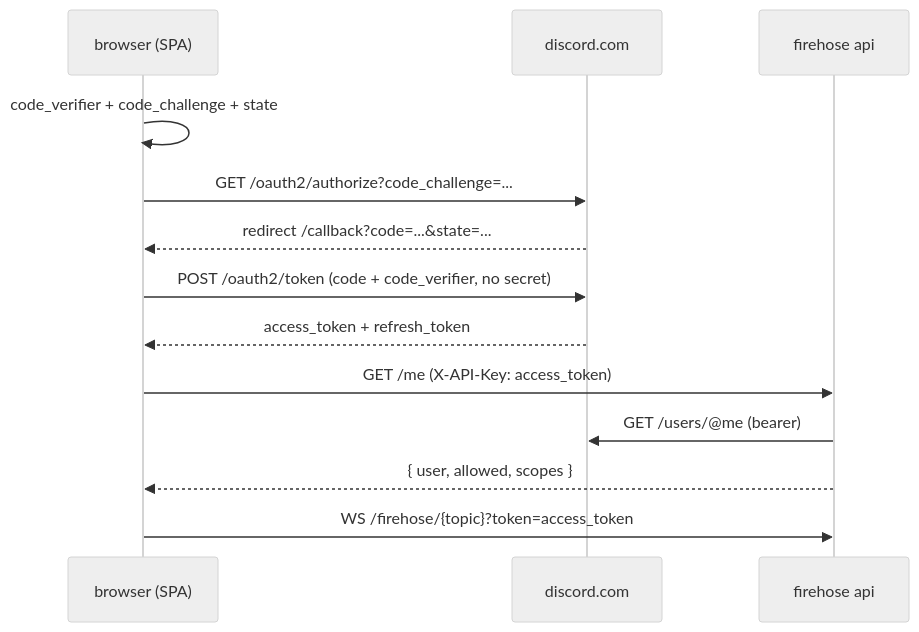
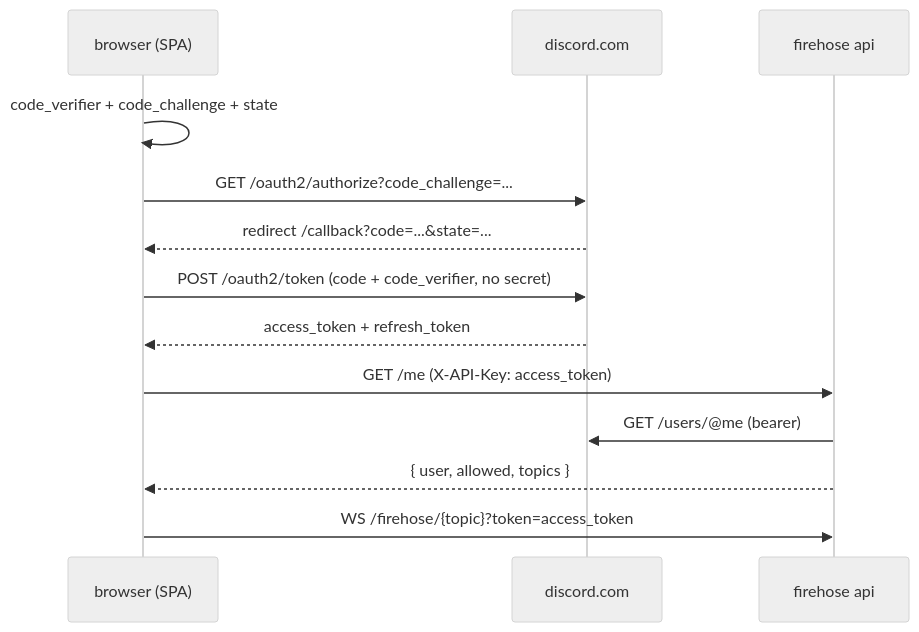
Before and after one commit to Bot-detector/bot_detector: the diagram in _infra/_firehose_frontend/README.md, drawn with Mermaid (neutral theme). The commit also changed other lines of this file and 5 other files, not shown here.

````diff
--- a/_infra/_firehose_frontend/README.md
+++ b/_infra/_firehose_frontend/README.md
@@ -20,16 +20,16 @@
 ```mermaid
 sequenceDiagram
     participant B as browser (SPA)
     participant D as discord.com
     participant A as firehose api
 
     B->>B: code_verifier + code_challenge + state
     B->>D: GET /oauth2/authorize?code_challenge=...
     D-->>B: redirect /callback?code=...&state=...
     B->>D: POST /oauth2/token (code + code_verifier, no secret)
     D-->>B: access_token + refresh_token
     B->>A: GET /me (X-API-Key: access_token)
     A->>D: GET /users/@me (bearer)
-    A-->>B: { user, allowed, scopes }
+    A-->>B: { user, allowed, topics }
     B->>A: WS /firehose/{topic}?token=access_token
 ```
````
